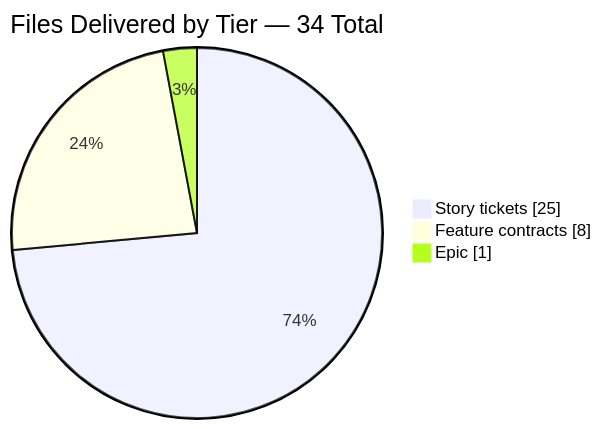
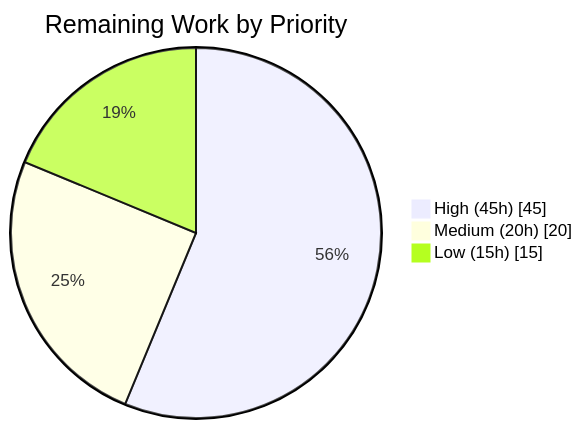
Before and after one commit to blitzy-public-samples/vendure: the fourth of 5 diagrams in blitzy/documentation/Project Guide.md, drawn with Mermaid. The commit also changed other lines of this file, not shown here.

Commit message:
Adding Blitzy Project Guide: Project Status and Human Tasks Remaining

````diff
--- a/blitzy/documentation/Project Guide.md
+++ b/blitzy/documentation/Project Guide.md
@@ -250,6 +254,6 @@
 ```mermaid
-pie showData title Files Delivered by Tier — 34 Total
-    "Story tickets" : 25
-    "Feature contracts" : 8
-    "Epic" : 1
+pie showData title Remaining Work by Priority
+    "High (45h)" : 45
+    "Medium (20h)" : 20
+    "Low (15h)" : 15
 ```
````
